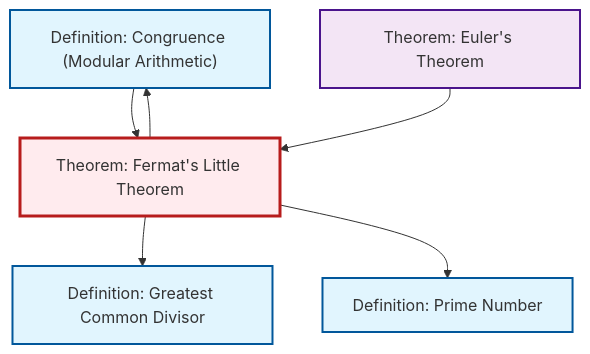
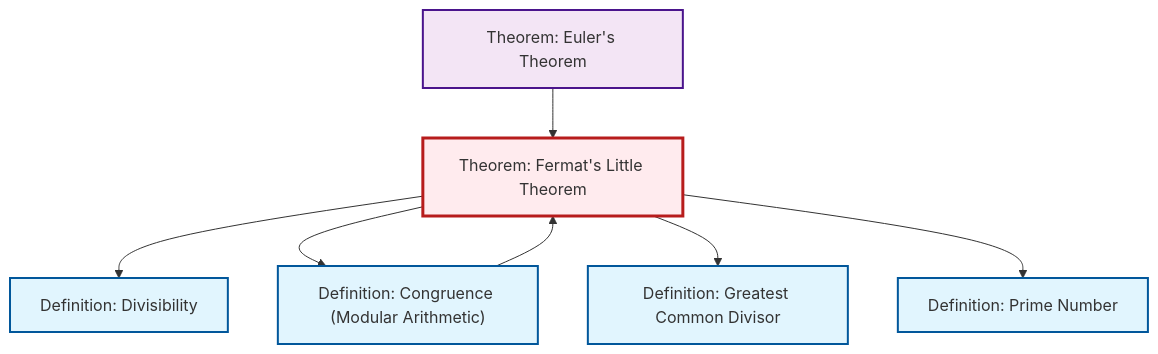
The diagram in content/en/number-theory/thm-fermat-little.qmd (RK0429/ModernMath), drawn with Mermaid before and after one commit. The commit also changed 531 other files, not shown here.

````diff
--- a/content/en/number-theory/thm-fermat-little.qmd
+++ b/content/en/number-theory/thm-fermat-little.qmd
@@ -89,24 +89,27 @@
 ```{mermaid}
 %%| fig-cap: "Local dependency graph"
 graph TD
     classDef definition fill:#e1f5fe,stroke:#01579b,stroke-width:2px
     classDef theorem fill:#f3e5f5,stroke:#4a148c,stroke-width:2px
     classDef axiom fill:#fff3e0,stroke:#e65100,stroke-width:2px
     classDef example fill:#e8f5e9,stroke:#1b5e20,stroke-width:2px
     classDef current fill:#ffebee,stroke:#b71c1c,stroke-width:3px
-    def-prime["Definition: Prime Number"]:::definition
-    def-gcd["Definition: Greatest Common Divisor"]:::definition
-    def-congruence["Definition: Congruence (Modular Arithmetic)"]:::definition
+    def-divisibility["Definition: Divisibility"]:::definition
     thm-euler["Theorem: Euler's Theorem"]:::theorem
     thm-fermat-little["Theorem: Fermat's Little Theorem"]:::theorem
+    def-congruence["Definition: Congruence (Modular Arithmetic)"]:::definition
+    def-gcd["Definition: Greatest Common Divisor"]:::definition
+    def-prime["Definition: Prime Number"]:::definition
+    thm-fermat-little --> def-divisibility
+    thm-euler --> thm-fermat-little
     def-congruence --> thm-fermat-little
+    thm-fermat-little --> def-congruence
     thm-fermat-little --> def-gcd
     thm-fermat-little --> def-prime
-    thm-fermat-little --> def-congruence
-    thm-euler --> thm-fermat-little
     class thm-fermat-little current
+    click def-divisibility "def-divisibility.html" "Go to Divisibility definition"
+    click thm-euler "thm-euler.html" "Go to Euler's Theorem theorem"
+    click def-congruence "def-congruence.html" "Go to Congruence (Modular Arithmetic) definition"
+    click def-gcd "def-gcd.html" "Go to Greatest Common Divisor definition"
     click def-prime "def-prime.html" "Go to Prime Number definition"
-    click def-gcd "def-gcd.html" "Go to Greatest Common Divisor definition"
-    click def-congruence "def-congruence.html" "Go to Congruence (Modular Arithmetic) definition"
-    click thm-euler "thm-euler.html" "Go to Euler's Theorem theorem"
 ```
````
